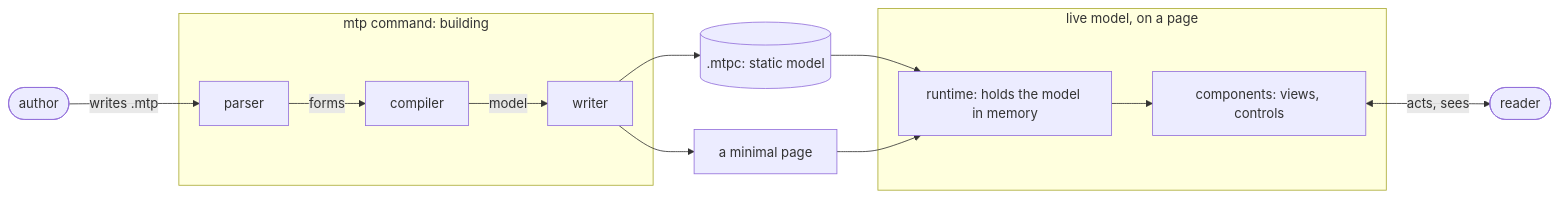
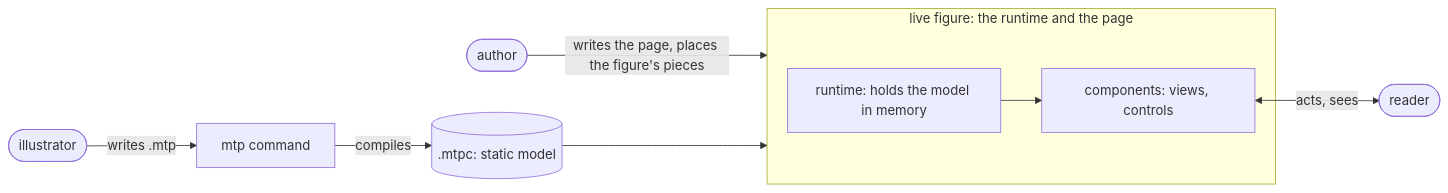
Before and after one commit to aris-pub/mathterpiece: the first of 3 diagrams in docs/data-model.md, drawn with Mermaid. The commit also changed other lines of this file and 5 other files, not shown here.

First line of the commit message:
Name the data model's people: the illustrator, the author and the reader

````diff
--- a/docs/data-model.md
+++ b/docs/data-model.md
@@ -9,15 +9,11 @@
 ```mermaid
 flowchart LR
-  author([author]) -->|writes .mtp| parser
-  subgraph cmd [mtp command: building]
-    parser -->|forms| compiler -->|model| writer
-  end
-  writer --> mtpc[(".mtpc: static model")]
-  writer --> page["a minimal page"]
-  mtpc --> runtime
-  page --> runtime
-  subgraph live [live model, on a page]
+  illustrator([illustrator]) -->|writes .mtp| cmd["mtp command"]
+  cmd -->|compiles| mtpc[(".mtpc: static model")]
+  author([author]) -->|writes the page, places the figure's pieces| live
+  mtpc --> live
+  subgraph live [live figure: the runtime and the page]
     runtime["runtime: holds the model in memory"] --> components["components: views, controls"]
   end
   components <-->|acts, sees| reader([reader])
 ```
````
